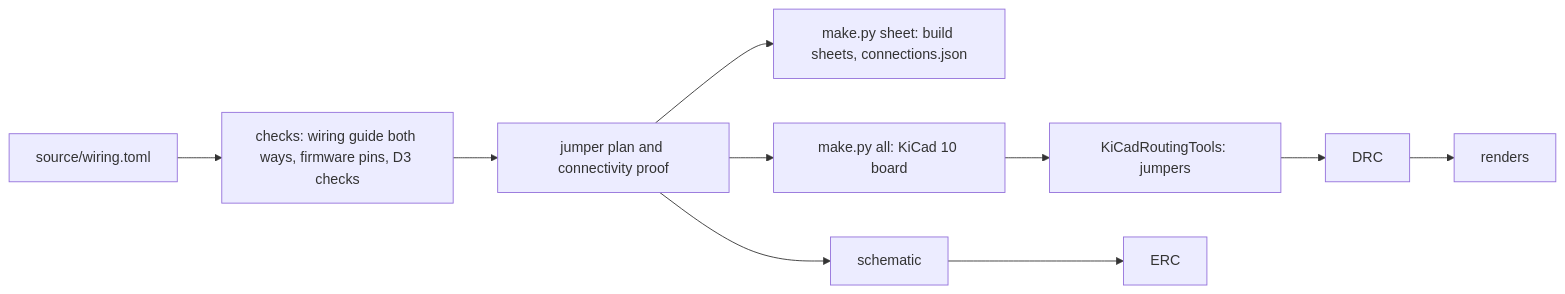
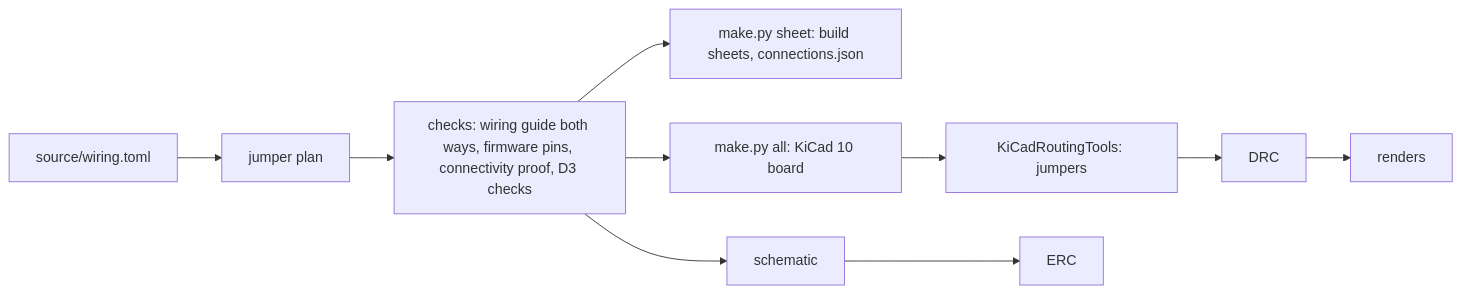
One commit to clintecker/weather-station-2026 changed the diagram in hardware/bench-breadboard-r0/README.md. Above: the diagram before and after it, drawn with Mermaid. The commit also changed other lines of this file and 85 other files, not shown here.

Commit message:
docs: every remaining doc claim-verified and rewritten in plain STE80 (63 units, 14,349 claims; 681 wrong-in-doc fixed, 192 unsourced handled); generated docs fixed in their generators (TX build sheets, bench breadboards); lid-rim-spec keeps the phrases cage/lid_rim_spec.py parses

````diff
--- a/hardware/bench-breadboard-r0/README.md
+++ b/hardware/bench-breadboard-r0/README.md
@@ -40,9 +52,9 @@
 ```mermaid
 flowchart LR
-  T["source/wiring.toml"] --> C["checks: wiring guide both ways, firmware pins, D3 checks"]
-  C --> P["jumper plan and connectivity proof"]
-  P --> S1["make.py sheet: build sheets, connections.json"]
-  P --> K["make.py all: KiCad 10 board"] --> R["KiCadRoutingTools: jumpers"] --> D["DRC"]
-  P --> S["schematic"] --> E["ERC"]
+  T["source/wiring.toml"] --> J["jumper plan"]
+  J --> C["checks: wiring guide both ways, firmware pins, connectivity proof, D3 checks"]
+  C --> S1["make.py sheet: build sheets, connections.json"]
+  C --> K["make.py all: KiCad 10 board"] --> R["KiCadRoutingTools: jumpers"] --> D["DRC"]
+  C --> S["schematic"] --> E["ERC"]
   D --> O["renders"]
 ```
````
